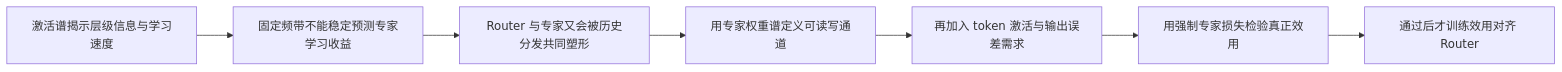
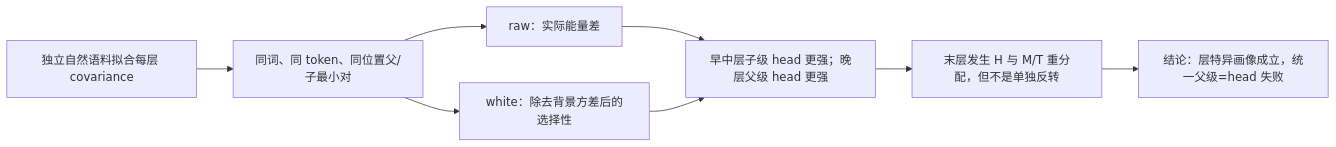
One commit to Shphd3/Research_System changed the diagram in daily_research_reports/0802/focus.md. Above: the diagram before and after it, drawn with Mermaid. The commit also changed other lines of this file and 84 other files, not shown here.

````diff
--- a/daily_research_reports/0802/focus.md
+++ b/daily_research_reports/0802/focus.md
@@ -42,9 +37,10 @@
 ```mermaid
 flowchart LR
-    A["激活谱揭示层级信息与学习速度"] --> B["固定频带不能稳定预测专家学习收益"]
-    B --> C["Router 与专家又会被历史分发共同塑形"]
-    C --> D["用专家权重谱定义可读写通道"]
-    D --> E["再加入 token 激活与输出误差需求"]
-    E --> F["用强制专家损失检验真正效用"]
-    F --> G["通过后才训练效用对齐 Router"]
+    A["独立自然语料拟合每层 covariance"] --> B["同词、同 token、同位置父/子最小对"]
+    B --> C["raw：实际能量差"]
+    B --> D["white：除去背景方差后的选择性"]
+    C --> E["早中层子级 head 更强；晚层父级 head 更强"]
+    D --> E
+    E --> F["末层发生 H 与 M/T 重分配，但不是单独反转"]
+    F --> G["结论：层特异画像成立，统一父级=head 失败"]
 ```
````
